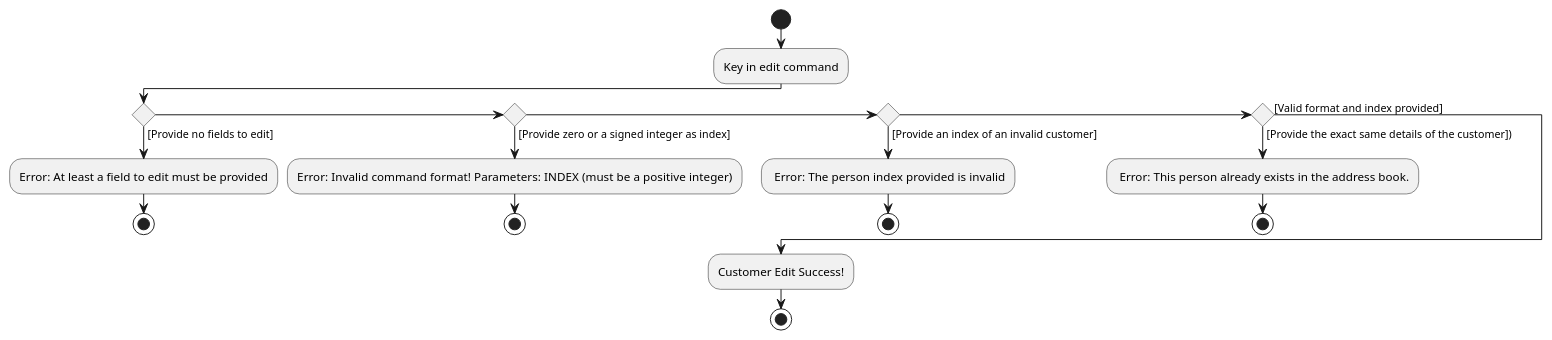
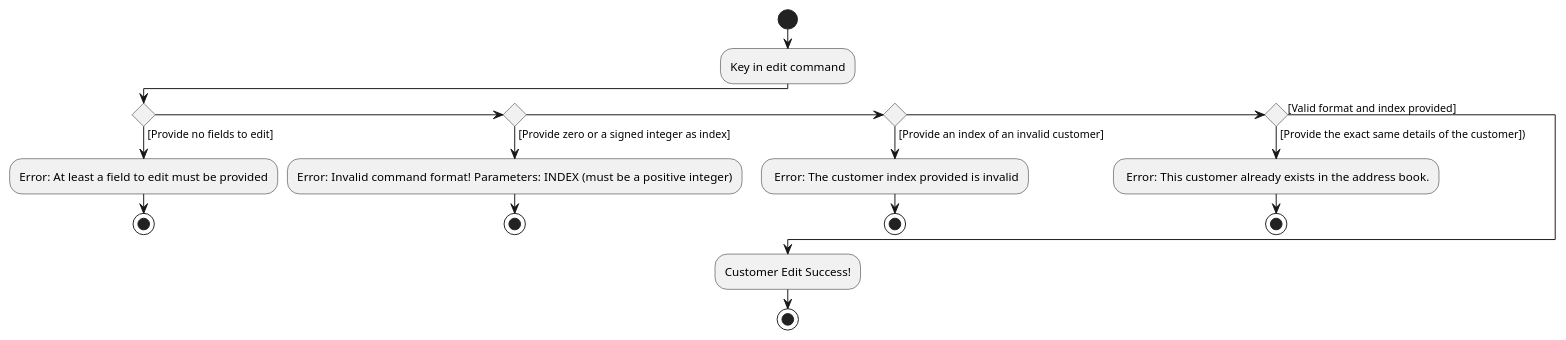
One commit to zhonghan721/tp changed the diagram in docs/diagrams/Gabriels Diagrams/CustomerEditActivityDiagram.puml. Above: the diagram before and after it, drawn with PlantUML. The commit also changed 14 other files, not shown here.

```diff
--- a/docs/diagrams/Gabriels Diagrams/CustomerEditActivityDiagram.puml
+++ b/docs/diagrams/Gabriels Diagrams/CustomerEditActivityDiagram.puml
@@ -1,25 +1,25 @@
 @startuml
 start
 :Key in edit command;
 
  if () then ([Provide no fields to edit])
   :Error: At least a field to edit must be provided;
   stop
   elseif () then ([Provide zero or a signed integer as index])
   :Error:  Invalid command format! Parameters: INDEX (must be a positive integer);
   stop
   elseif () then ([Provide an index of an invalid customer])
-  : Error: The person index provided is invalid;
+  : Error: The customer index provided is invalid;
   stop
   elseif () then ([Provide the exact same details of the customer]))
-  : Error: This person already exists in the address book.;
+  : Error: This customer already exists in the address book.;
   stop
   else ([Valid format and index provided])
   endif
   :Customer Edit Success!;
 
 
 stop
 
 
 @enduml
```
